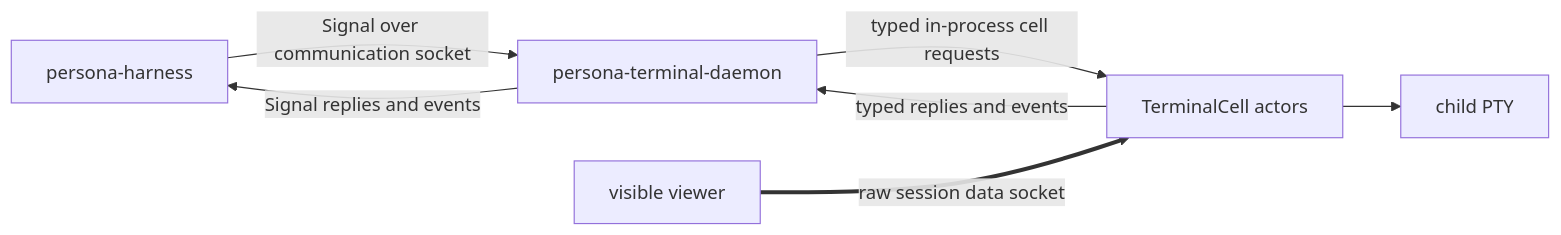
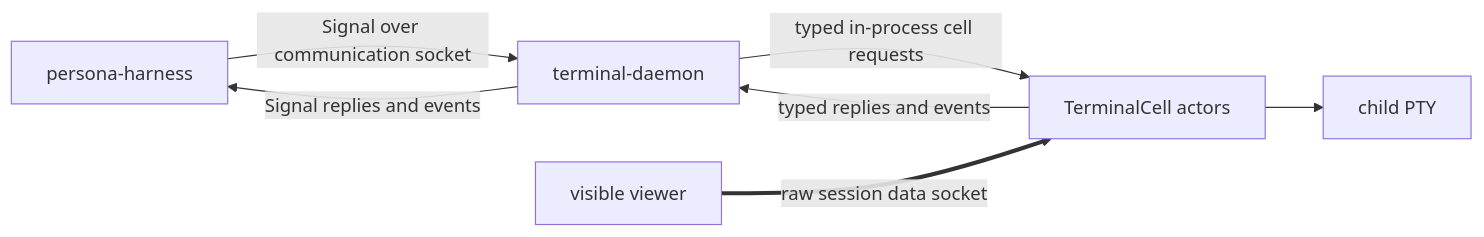
One commit to LiGoldragon/terminal changed the diagram in ARCHITECTURE.md. Above: the diagram before and after it, drawn with Mermaid. The commit also changed other lines of this file and 45 other files, not shown here.

Commit message:
terminal: rename from persona-terminal

````diff
--- a/ARCHITECTURE.md
+++ b/ARCHITECTURE.md
@@ -34,15 +34,15 @@
 ```mermaid
 flowchart LR
     harness["persona-harness"]
-    terminal["persona-terminal-daemon"]
+    terminal["terminal-daemon"]
     cell["TerminalCell actors"]
     viewer["visible viewer"]
     child["child PTY"]
 
     harness -- "Signal over communication socket" --> terminal
     terminal -- "typed in-process cell requests" --> cell
     cell -- "typed replies and events" --> terminal
     terminal -- "Signal replies and events" --> harness
     viewer == "raw session data socket" ==> cell
     cell --> child
 ```
````
